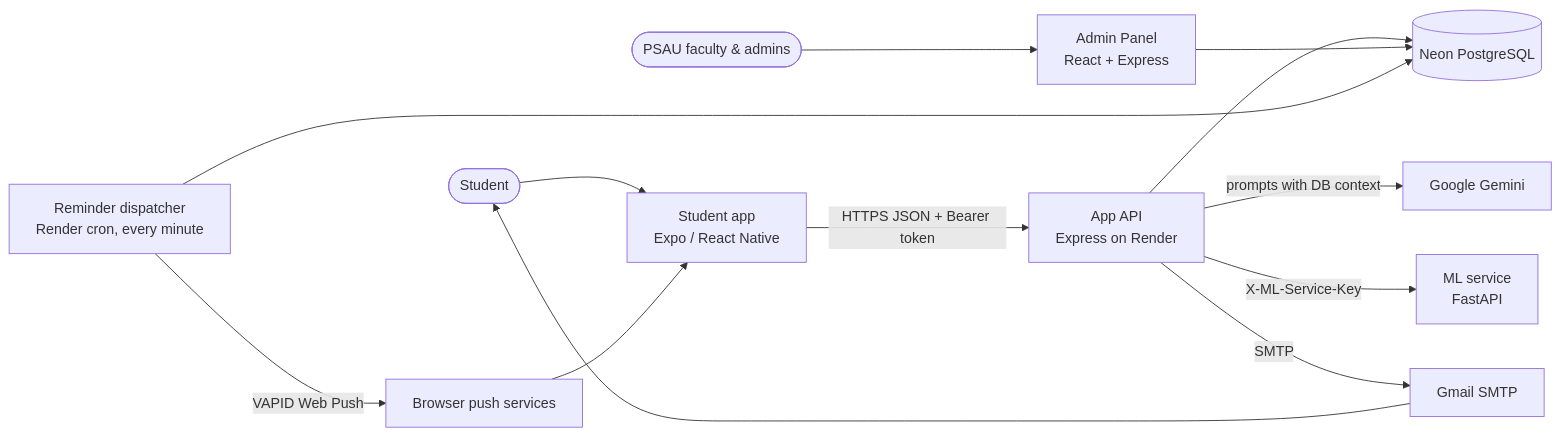
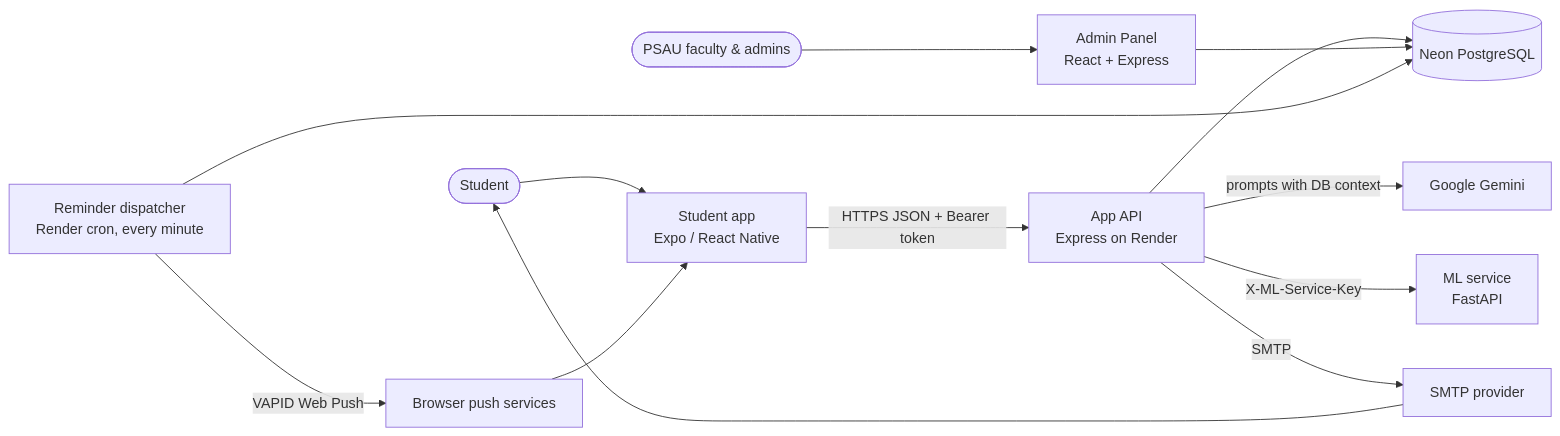
Before and after one commit to nathecruz/Capstone-Project: the first of 9 diagrams in ARCHITECTURE.md, drawn with Mermaid. The commit also changed other lines of this file and 63 other files, not shown here.

````diff
--- a/ARCHITECTURE.md
+++ b/ARCHITECTURE.md
@@ -19,16 +19,16 @@
 ```mermaid
 flowchart LR
   student([Student]) --> app[Student app<br/>Expo / React Native]
   staff([PSAU faculty & admins]) --> admin[Admin Panel<br/>React + Express]
 
   app -- HTTPS JSON + Bearer token --> api[App API<br/>Express on Render]
   api --> db[(Neon PostgreSQL)]
   admin --> db
   api -- prompts with DB context --> gemini[Google Gemini]
   api -- X-ML-Service-Key --> ml[ML service<br/>FastAPI]
-  api -- SMTP --> mail[Gmail SMTP]
+  api -- SMTP --> mail[SMTP provider]
   cron[Reminder dispatcher<br/>Render cron, every minute] --> db
   cron -- VAPID Web Push --> push[Browser push services]
   push --> app
   mail --> student
 ```
````
